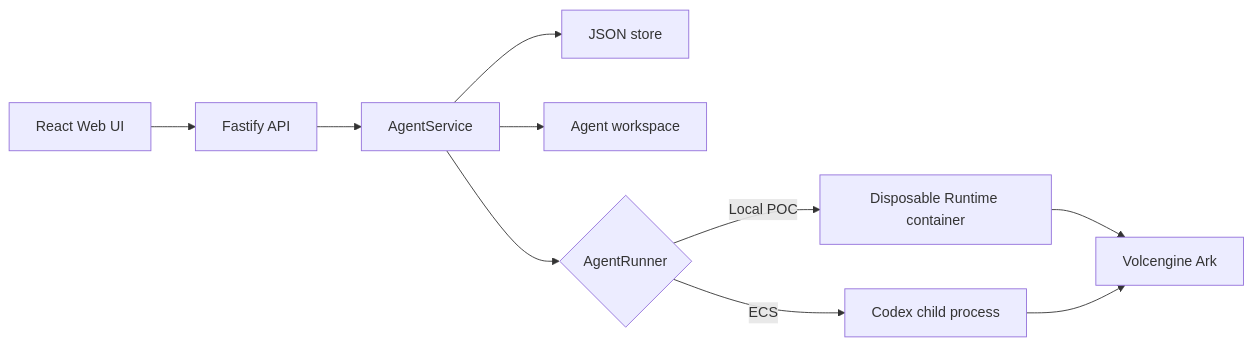
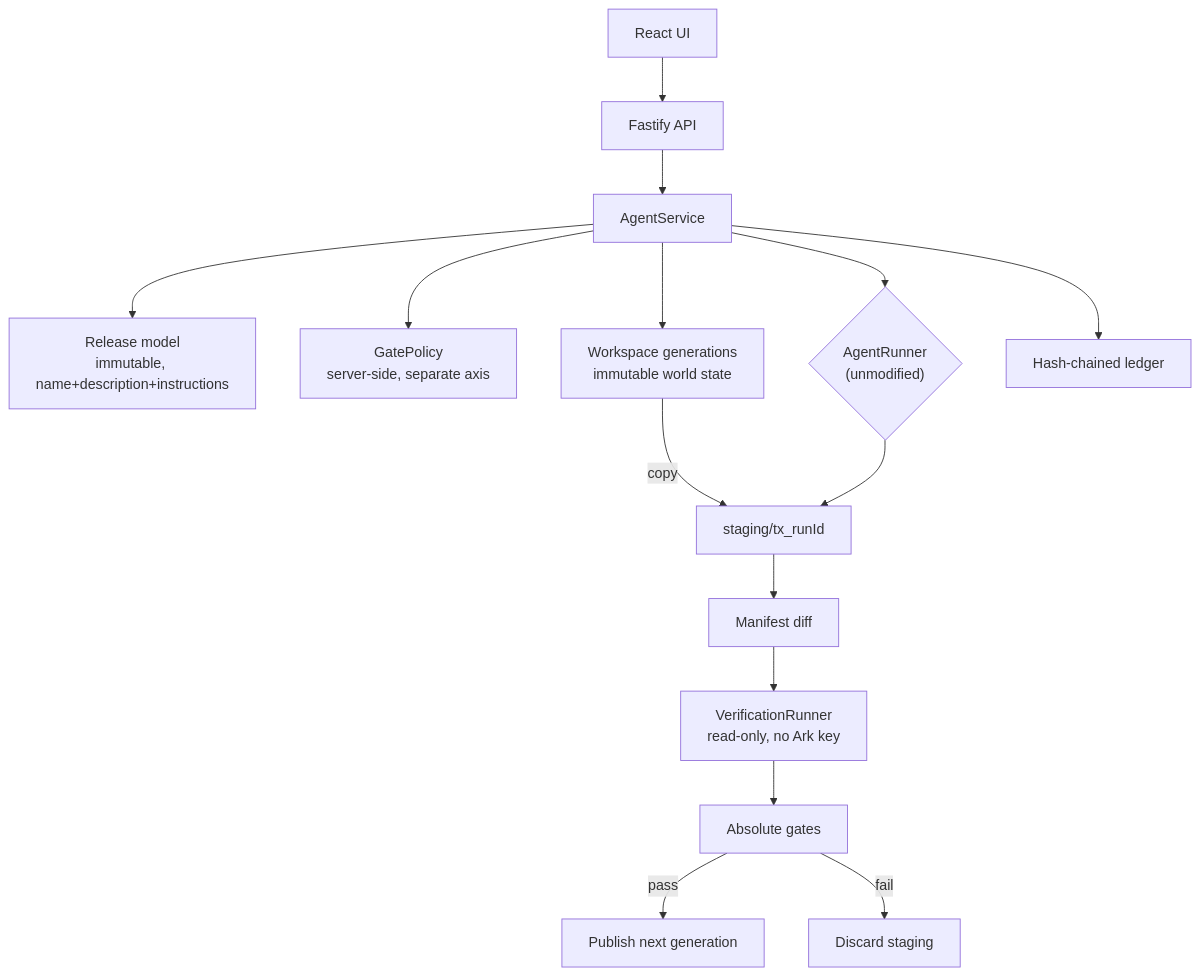
One commit to AarneshKhaitan/stateguard-tiktok-techjam-2026 changed the diagram in docs/ARCHITECTURE.md. Above: the diagram before and after it, drawn with Mermaid. The commit also changed other lines of this file and 6 other files, not shown here.

````diff
--- a/docs/ARCHITECTURE.md
+++ b/docs/ARCHITECTURE.md
@@ -5,12 +18,17 @@
 ```mermaid
-flowchart LR
-    UI["React Web UI"] --> API["Fastify API"]
+flowchart TB
+    UI["React UI"] --> API["Fastify API"]
     API --> Service["AgentService"]
-    Service --> Store["JSON store"]
-    Service --> Workspace["Agent workspace"]
-    Service --> Runner{"AgentRunner"}
-    Runner -->|Local POC| Container["Disposable Runtime container"]
-    Runner -->|ECS| Process["Codex child process"]
-    Container --> Ark["Volcengine Ark"]
-    Process --> Ark
+    Service --> Releases["Release model<br/>immutable, name+description+instructions"]
+    Service --> Policy["GatePolicy<br/>server-side, separate axis"]
+    Service --> Gen["Workspace generations<br/>immutable world state"]
+    Gen -->|copy| Staging["staging/tx_runId"]
+    Service --> Runner{"AgentRunner<br/>(unmodified)"}
+    Runner --> Staging
+    Staging --> Diff["Manifest diff"]
+    Diff --> Verifier["VerificationRunner<br/>read-only, no Ark key"]
+    Verifier --> Gates["Absolute gates"]
+    Gates -->|pass| Publish["Publish next generation"]
+    Gates -->|fail| Discard["Discard staging"]
+    Service --> Ledger["Hash-chained ledger"]
 ```
````
